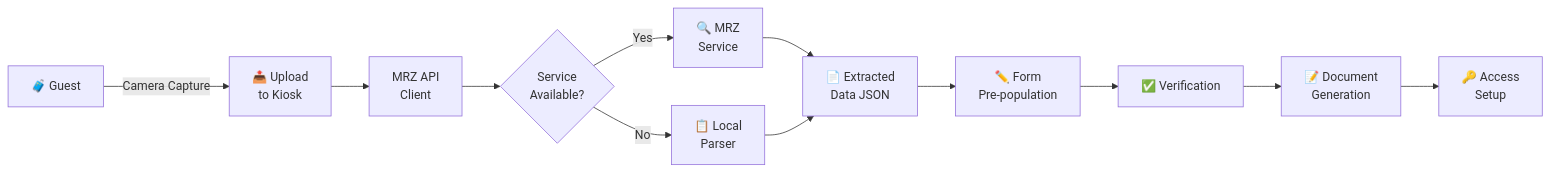
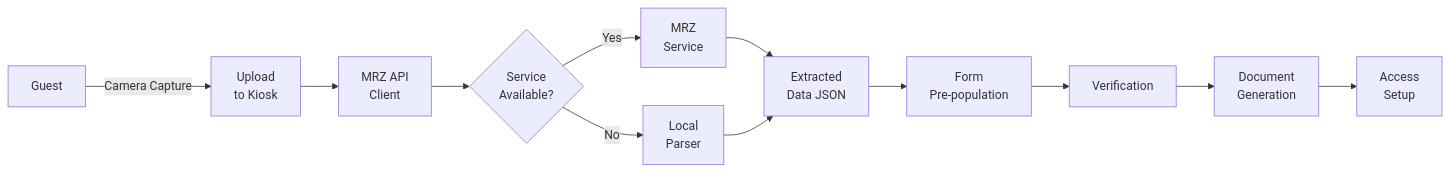
Before and after one commit to omarmx9/smart-hotel: the second of 2 diagrams in kiosk/README.md, drawn with Mermaid. The commit also changed other lines of this file and 3 other files, not shown here.

Commit message:
docs: Update Mermaid diagrams for consistency and clarity in documentation

````diff
--- a/kiosk/README.md
+++ b/kiosk/README.md
@@ -118,14 +118,14 @@
 ```mermaid
 flowchart LR
-    A["🧳 Guest"] -->|Camera Capture| B["📤 Upload<br/>to Kiosk"]
+    A["Guest"] -->|Camera Capture| B["Upload<br/>to Kiosk"]
     B --> C["MRZ API<br/>Client"]
     C --> D{"Service<br/>Available?"}
-    D -->|Yes| E["🔍 MRZ<br/>Service"]
-    D -->|No| F["📋 Local<br/>Parser"]
-    E --> G["📄 Extracted<br/>Data JSON"]
+    D -->|Yes| E["MRZ<br/>Service"]
+    D -->|No| F["Local<br/>Parser"]
+    E --> G["Extracted<br/>Data JSON"]
     F --> G
-    G --> H["✏️ Form<br/>Pre-population"]
-    H --> I["✅ Verification"]
-    I --> J["📝 Document<br/>Generation"]
-    J --> K["🔑 Access<br/>Setup"]
+    G --> H["Form<br/>Pre-population"]
+    H --> I["Verification"]
+    I --> J["Document<br/>Generation"]
+    J --> K["Access<br/>Setup"]
 ```
````
